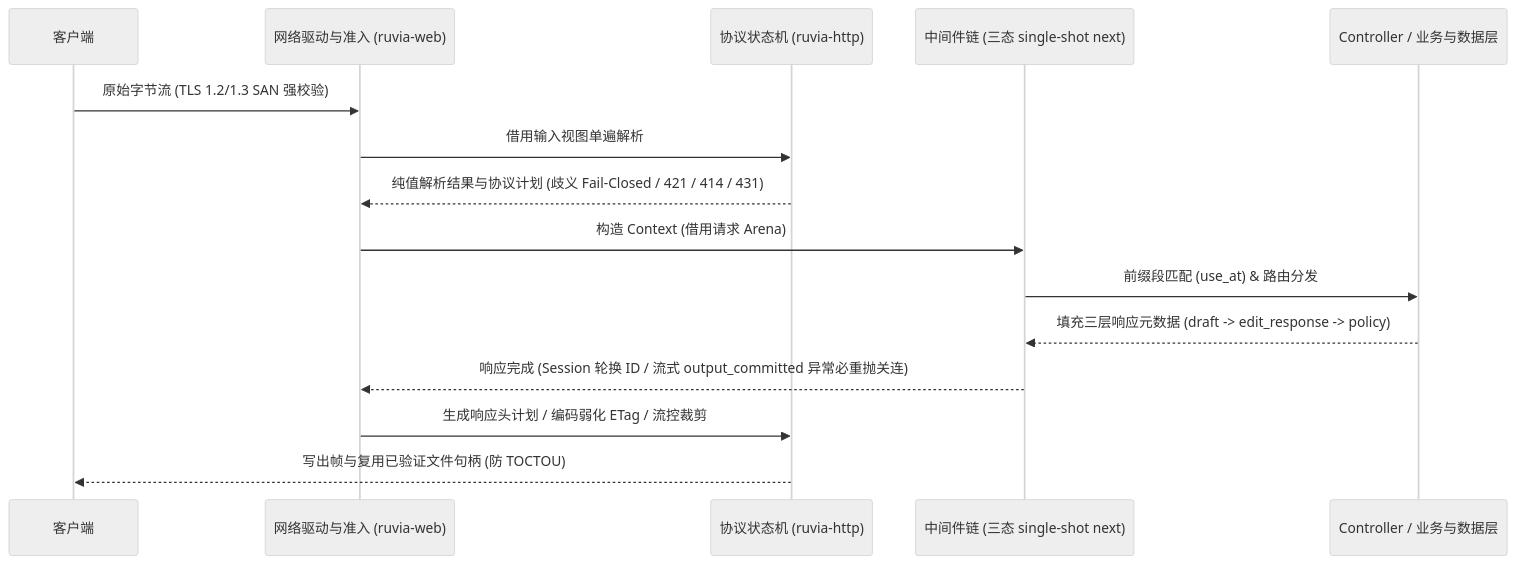
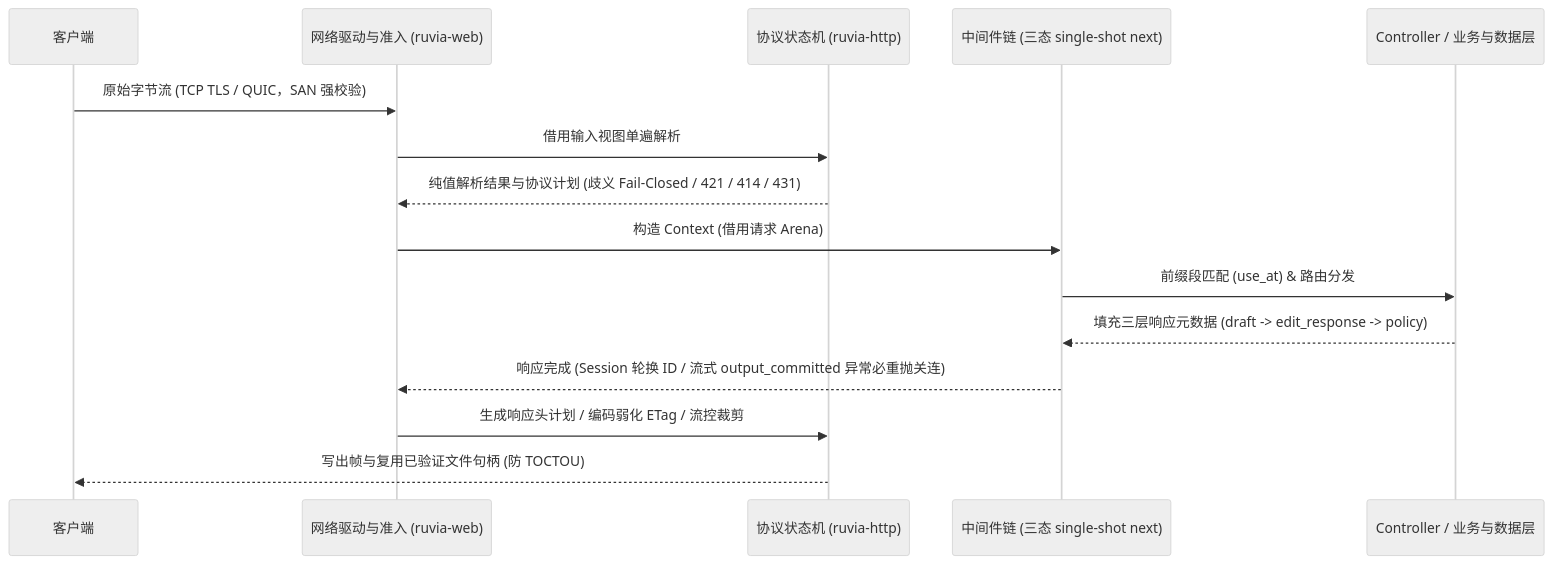
One commit to hyird/Ruvia changed the fourth of 4 diagrams in AGENTS.md. Above: the diagram before and after it, drawn with Mermaid (neutral theme). The commit also changed 47 other files, not shown here.

Commit message:
Make runtime listener controls async and support TCP TLS 1.1

````diff
--- a/AGENTS.md
+++ b/AGENTS.md
@@ -139,18 +139,18 @@
 ```mermaid
 sequenceDiagram
     participant C as 客户端
     participant IO as 网络驱动与准入 (ruvia-web)
     participant P as 协议状态机 (ruvia-http)
     participant M as 中间件链 (三态 single-shot next)
     participant H as Controller / 业务与数据层
 
-    C->>IO: 原始字节流 (TLS 1.2/1.3 SAN 强校验)
+    C->>IO: 原始字节流 (TCP TLS / QUIC，SAN 强校验)
     IO->>P: 借用输入视图单遍解析
     P-->>IO: 纯值解析结果与协议计划 (歧义 Fail-Closed / 421 / 414 / 431)
     IO->>M: 构造 Context (借用请求 Arena)
     M->>H: 前缀段匹配 (use_at) & 路由分发
     H-->>M: 填充三层响应元数据 (draft -> edit_response -> policy)
     M-->>IO: 响应完成 (Session 轮换 ID / 流式 output_committed 异常必重抛关连)
     IO->>P: 生成响应头计划 / 编码弱化 ETag / 流控裁剪
     P-->>C: 写出帧与复用已验证文件句柄 (防 TOCTOU)
 ```
````
